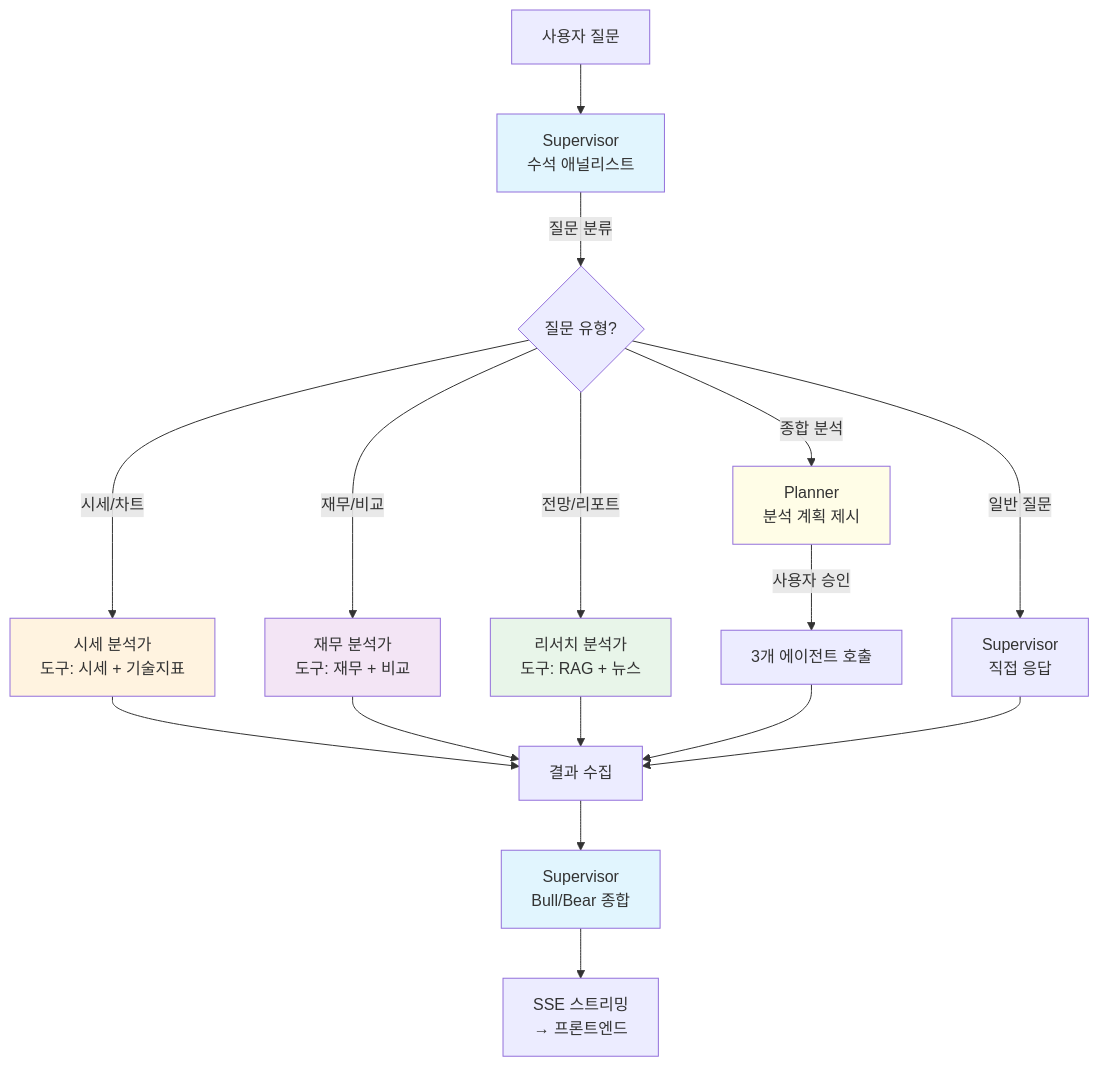
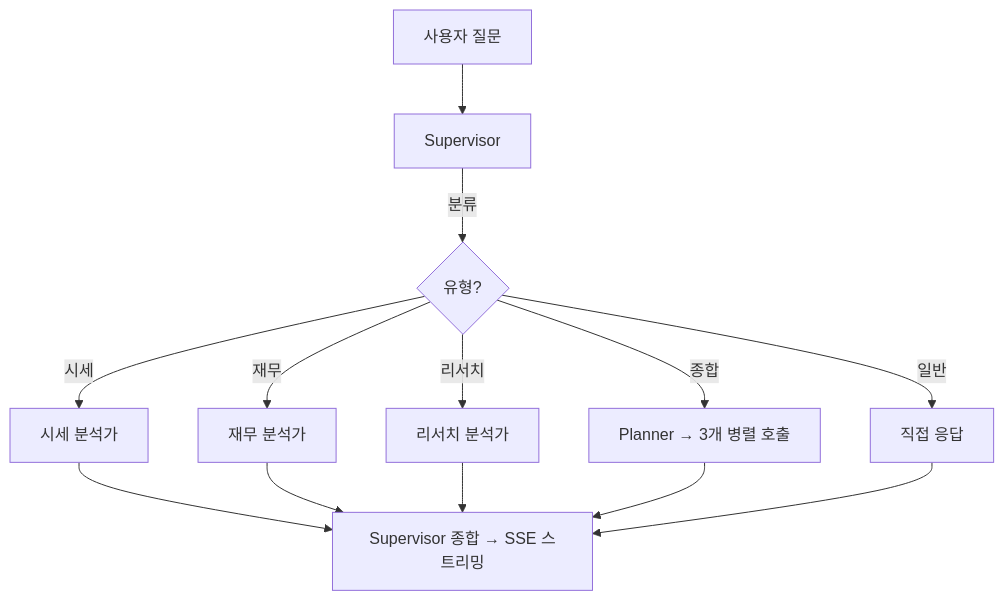
One commit to agent-edu/agent-back changed the diagram in docs/presentation-storyline.md. Above: the diagram before and after it, drawn with Mermaid. The commit also changed other lines of this file and 8 other files, not shown here.

````diff
--- a/docs/presentation-storyline.md
+++ b/docs/presentation-storyline.md
@@ -226,29 +88,11 @@
 ```mermaid
 flowchart TD
-    A[사용자 질문] --> B[Supervisor\n수석 애널리스트]
-    B -->|질문 분류| C{질문 유형?}
-    
-    C -->|시세/차트| D[시세 분석가\n도구: 시세 + 기술지표]
-    C -->|재무/비교| E[재무 분석가\n도구: 재무 + 비교]
-    C -->|전망/리포트| F[리서치 분석가\n도구: RAG + 뉴스]
-    C -->|종합 분석| G[Planner\n분석 계획 제시]
-    C -->|일반 질문| H[Supervisor\n직접 응답]
-
-    G -->|사용자 승인| I[3개 에이전트 호출]
-    
-    D --> J[결과 수집]
-    E --> J
-    F --> J
-    I --> J
-    H --> J
-    
-    J --> K[Supervisor\nBull/Bear 종합]
-    K --> L[SSE 스트리밍\n→ 프론트엔드]
-
-    style B fill:#e1f5fe
-    style D fill:#fff3e0
-    style E fill:#f3e5f5
-    style F fill:#e8f5e9
-    style G fill:#fffde7
-    style K fill:#e1f5fe
+    A[사용자 질문] --> B[Supervisor]
+    B -->|분류| C{유형?}
+    C -->|시세| D[시세 분석가]
+    C -->|재무| E[재무 분석가]
+    C -->|리서치| F[리서치 분석가]
+    C -->|종합| G[Planner → 3개 병렬 호출]
+    C -->|일반| H[직접 응답]
+    D & E & F & G & H --> I[Supervisor 종합 → SSE 스트리밍]
 ```
````
